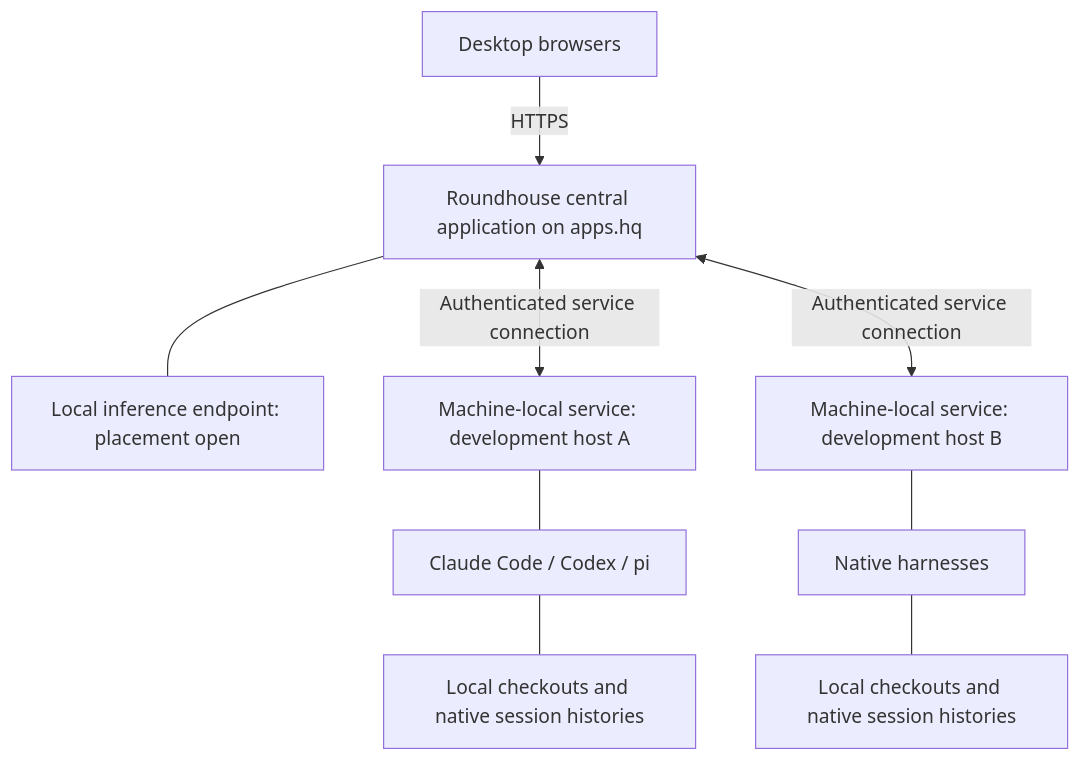
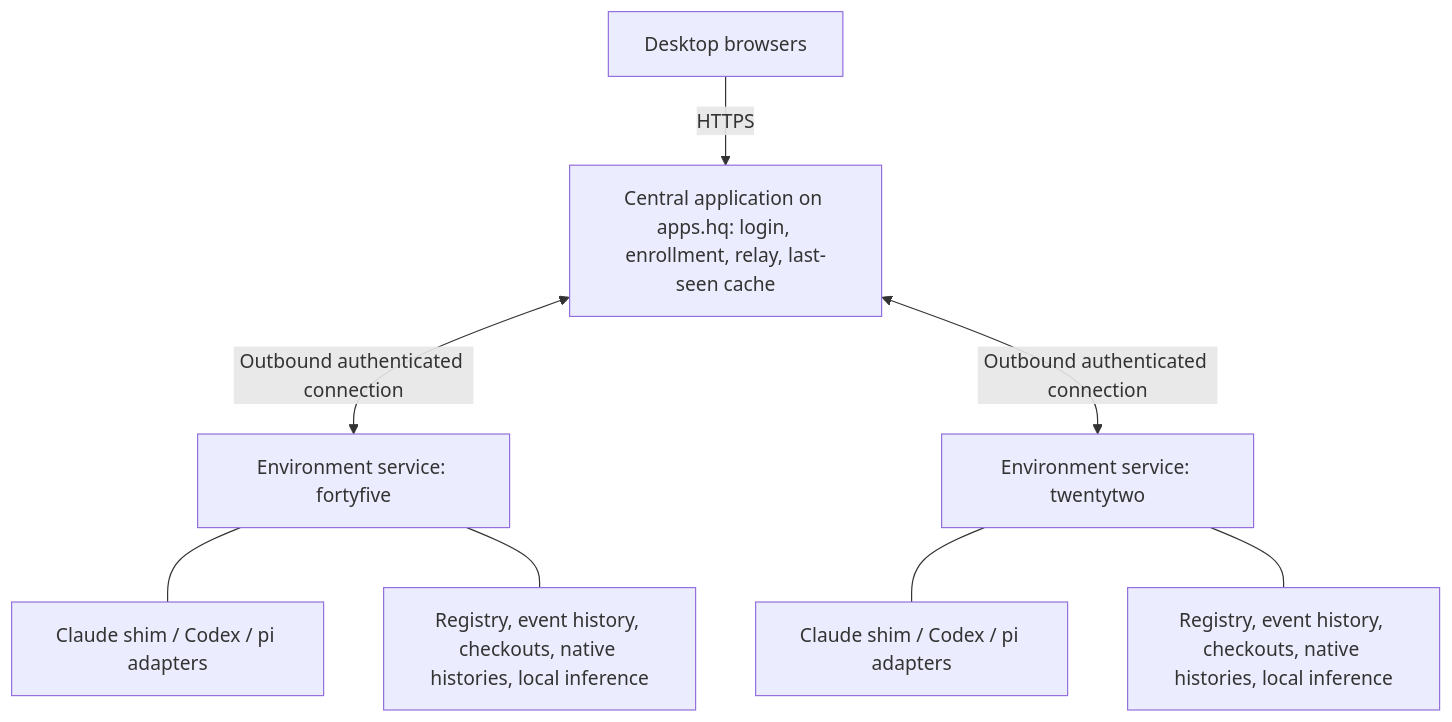
One commit to michaelquigley/mega changed the diagram in docs/future/roundhouse.md. Above: the diagram before and after it, drawn with Mermaid. The commit also changed other lines of this file and 11 other files, not shown here.

````diff
--- a/docs/future/roundhouse.md
+++ b/docs/future/roundhouse.md
@@ -131,11 +64,10 @@
 ```mermaid
 flowchart TD
-    B[Desktop browsers] -->|HTTPS| C[Roundhouse central application on apps.hq]
-    C --- L[Local inference endpoint: placement open]
-    C <-->|Authenticated service connection| H1[Machine-local service: development host A]
-    C <-->|Authenticated service connection| H2[Machine-local service: development host B]
-    H1 --- A1[Claude Code / Codex / pi]
-    H2 --- A2[Native harnesses]
-    A1 --- R1[Local checkouts and native session histories]
-    A2 --- R2[Local checkouts and native session histories]
+    B[Desktop browsers] -->|HTTPS| C[Central application on apps.hq: login, enrollment, relay, last-seen cache]
+    C <-->|Outbound authenticated connection| E1[Environment service: fortyfive]
+    C <-->|Outbound authenticated connection| E2[Environment service: twentytwo]
+    E1 --- A1[Claude shim / Codex / pi adapters]
+    E2 --- A2[Claude shim / Codex / pi adapters]
+    E1 --- R1[Registry, event history, checkouts, native histories, local inference]
+    E2 --- R2[Registry, event history, checkouts, native histories, local inference]
 ```
````
